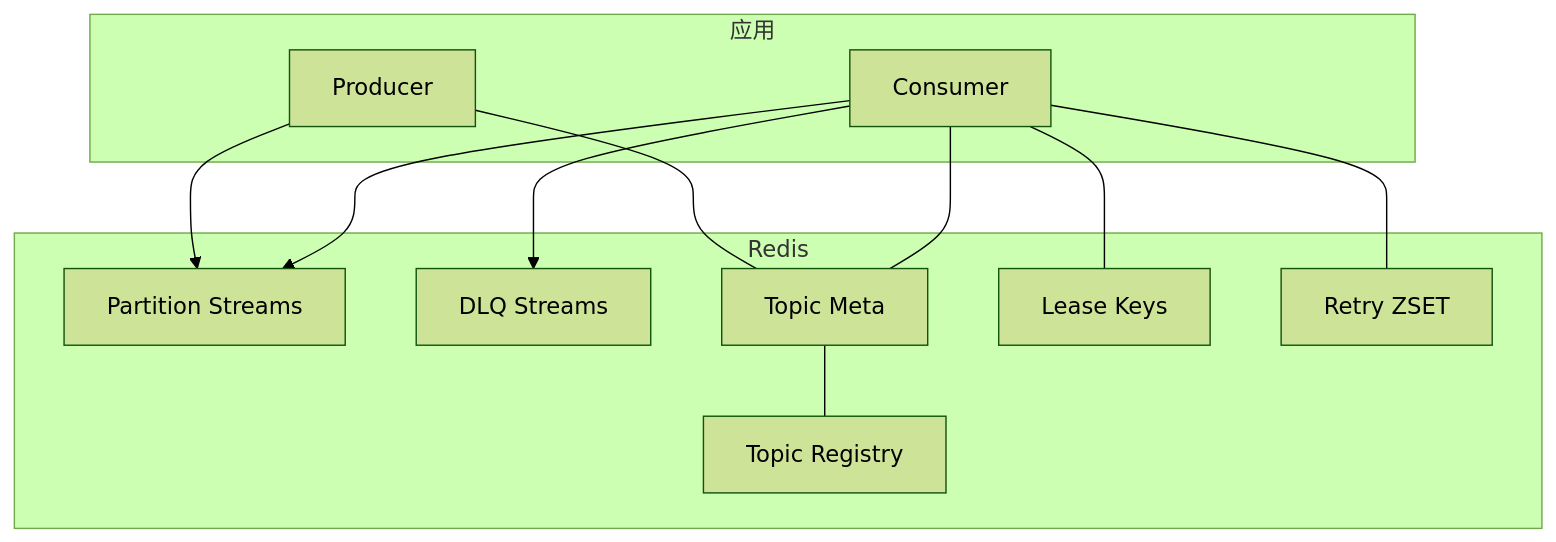
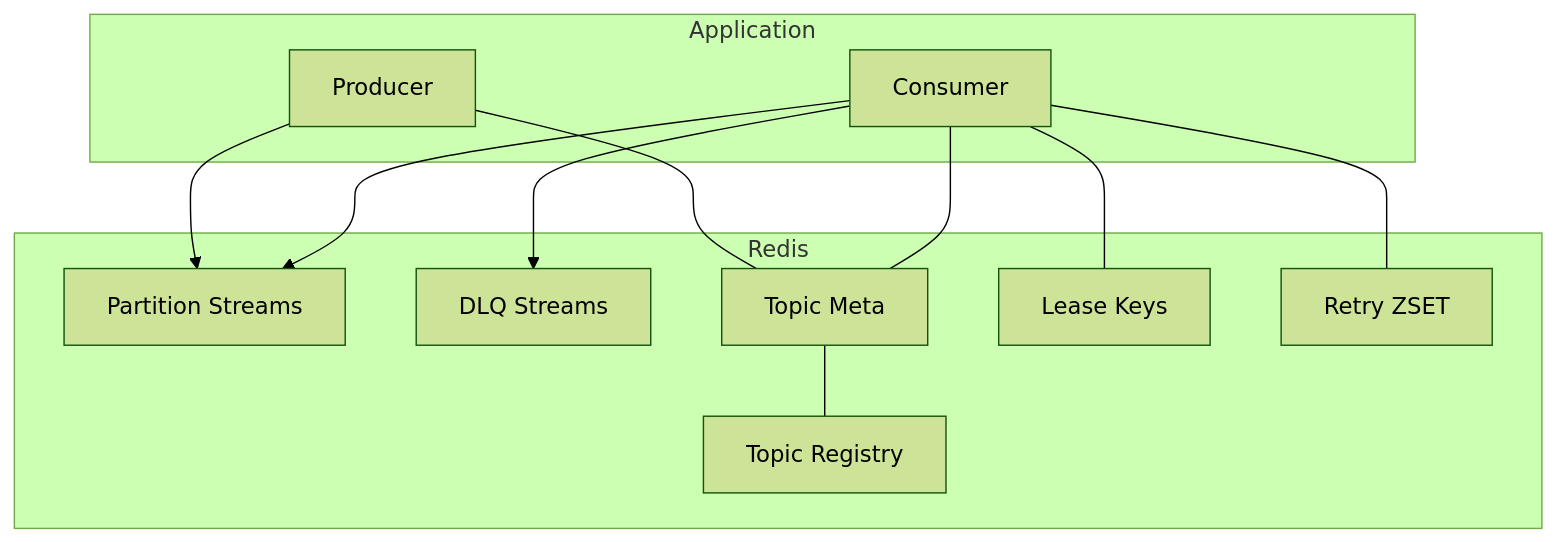
Before and after one commit to cuihairu/redis-streaming: the diagram in docs/Architecture.md, drawn with Mermaid (forest theme). The commit also changed 2 other files, not shown here.

Commit message:
fix: fix mermaid syntax for compatibility with v11.12.2
- Remove Chinese characters from mermaid diagrams
- Replace special characters in participant names
- Fix subgraph names to use ASCII only
- Remove special characters like {}, (), :, -> from labels
- Update files:
  - Architecture.md
  - MQ-Design.md
  - MQ-Broker-Interaction.md

These changes ensure mermaid v11.12.2 can parse the diagrams correctly
on GitHub Pages deployment.

````diff
--- a/docs/Architecture.md
+++ b/docs/Architecture.md
@@ -9,23 +9,23 @@
 ```mermaid
 flowchart TB
-  subgraph 应用
+  subgraph Application
     PD[Producer]
     CS[Consumer]
   end
   subgraph Redis
     PART[Partition Streams]
     DLQ[DLQ Streams]
     META[Topic Meta]
     REG[Topic Registry]
     LEASE[Lease Keys]
     RETRY[Retry ZSET]
   end
   PD-->PART
   CS-->PART
   CS-->DLQ
   PD---META
   CS---META
   META---REG
   CS---LEASE
   CS---RETRY
 ```
````
